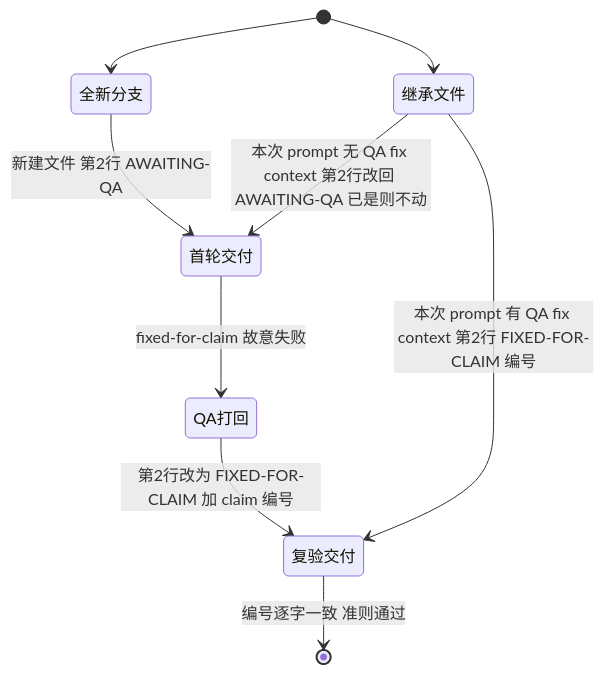
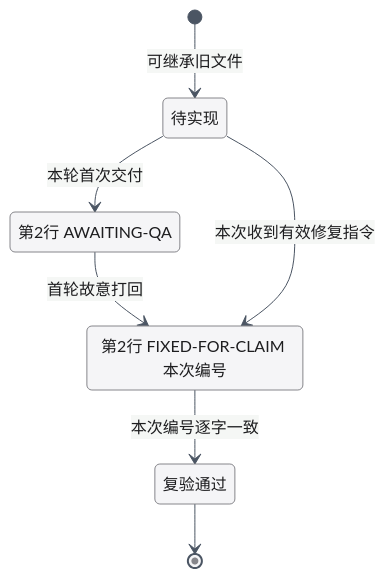
The diagram in engineering/doc/FLY-3225-real-runner-drill/design-d2.mmd (xrliAnnie/flywheel-qa-sandbox), drawn with Mermaid before and after one commit. The commit also changed 3 other files, not shown here.

```diff
--- a/engineering/doc/FLY-3225-real-runner-drill/design-d2.mmd
+++ b/engineering/doc/FLY-3225-real-runner-drill/design-d2.mmd
@@ -1,9 +1,11 @@
+%%{init: {"theme":"base","themeVariables":{"fontFamily":"PingFang SC, sans-serif","primaryColor":"#f5f5f7","primaryTextColor":"#1d1d1f","primaryBorderColor":"#86868b","lineColor":"#4b5563"}}}%%
 stateDiagram-v2
-    [*] --> 全新分支
-    [*] --> 继承文件
-    全新分支 --> 首轮交付: 新建文件 第2行 AWAITING-QA
-    继承文件 --> 首轮交付: 本次 prompt 无 QA fix context 第2行改回 AWAITING-QA 已是则不动
-    继承文件 --> 复验交付: 本次 prompt 有 QA fix context 第2行 FIXED-FOR-CLAIM 编号
-    首轮交付 --> QA打回: fixed-for-claim 故意失败
-    QA打回 --> 复验交付: 第2行改为 FIXED-FOR-CLAIM 加 claim 编号
-    复验交付 --> [*]: 编号逐字一致 准则通过
+    direction TB
+    [*] --> 待实现: 可继承旧文件
+    待实现 --> 首交: 本轮首次交付
+    首交: 第2行 AWAITING-QA
+    首交 --> 修复: 首轮故意打回
+    待实现 --> 修复: 本次收到有效修复指令
+    修复: 第2行 FIXED-FOR-CLAIM 本次编号
+    修复 --> 复验通过: 本次编号逐字一致
+    复验通过 --> [*]
```
